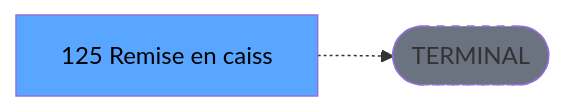
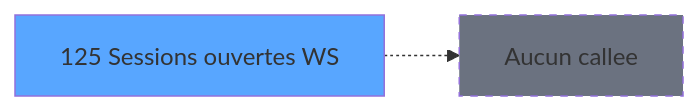
The third of 3 diagrams in .openspec/specs/ADH-IDE-125.md (thonyAGP/magic-migration), drawn with Mermaid before and after one commit. The commit also changed other lines of this file and 311 other files, not shown here.

````diff
--- a/.openspec/specs/ADH-IDE-125.md
+++ b/.openspec/specs/ADH-IDE-125.md
@@ -146,8 +163,8 @@
 ```mermaid
 graph LR
-    T[125 Remise en caiss]
-    TERM([TERMINAL])
-    T -.-> TERM
-    style TERM fill:#6b7280,stroke-dasharray: 5 5
-    style T fill:#58a6ff,color:#000
+    T125[125 Sessions ouvertes WS]
+    style T125 fill:#58a6ff
+    NONE[Aucun callee]
+    T125 -.-> NONE
+    style NONE fill:#6b7280,stroke-dasharray: 5 5
 ```
````
